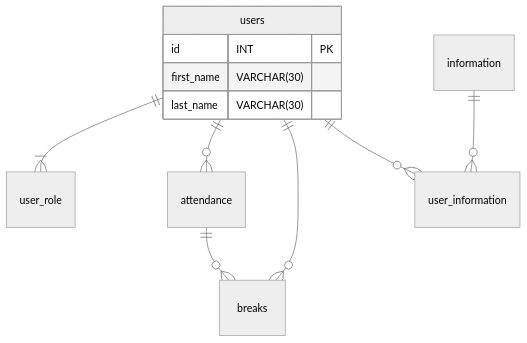
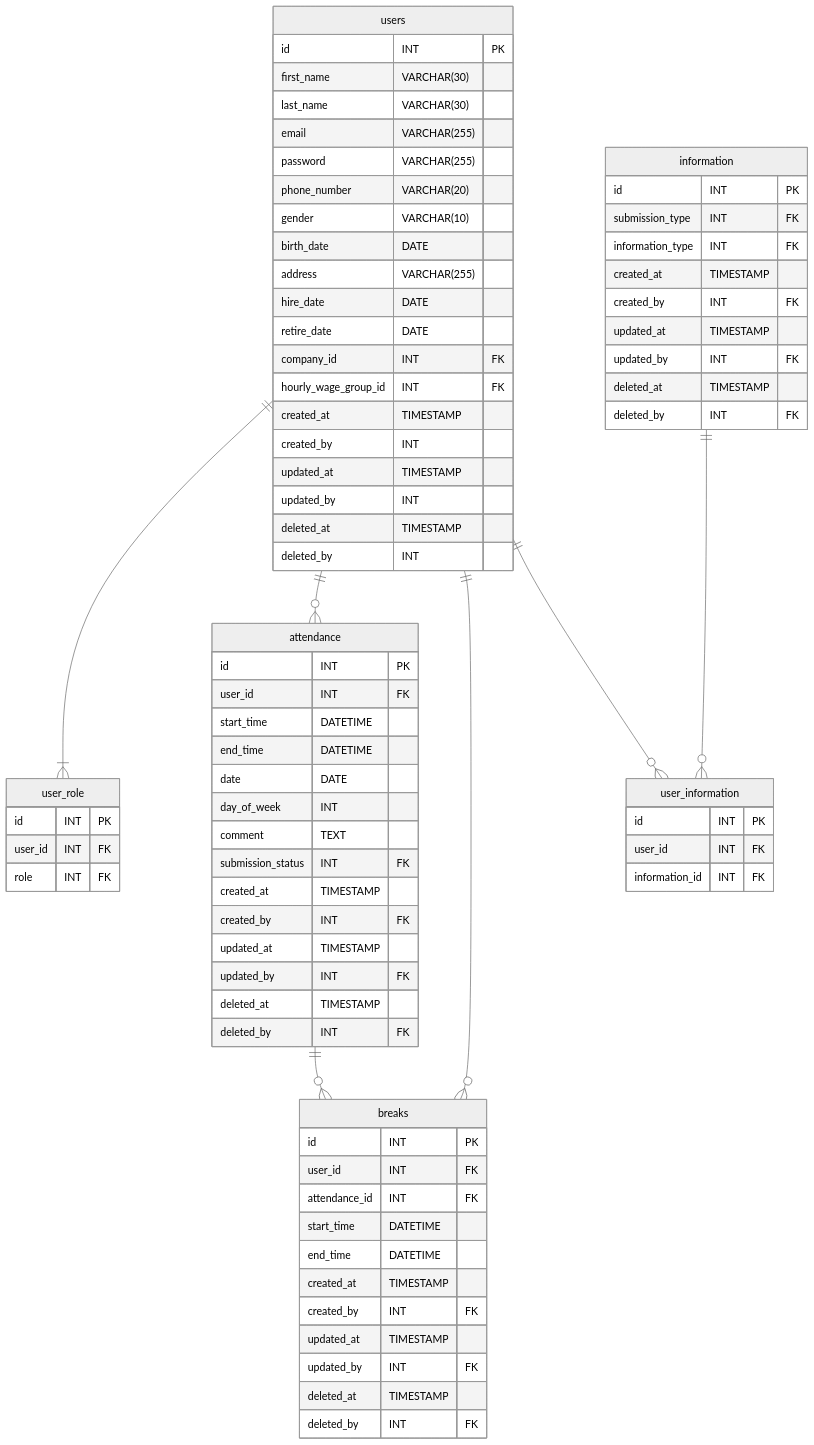
One commit to reo00ngee/attendance changed the first of 5 diagrams in Documents/Database Design/Entity-RelationshipDiagrams.md. Above: the diagram before and after it, drawn with Mermaid (neutral theme). The commit also changed other lines of this file and 13 other files, not shown here.

````diff
--- a/Documents/Database Design/Entity-RelationshipDiagrams.md
+++ b/Documents/Database Design/Entity-RelationshipDiagrams.md
@@ -23,7 +23,77 @@
     id INT PK
     first_name VARCHAR(30) 
     last_name VARCHAR(30) 
+    email VARCHAR(255) 
+    password VARCHAR(255) 
+    phone_number VARCHAR(20) 
+    gender VARCHAR(10) 
+    birth_date DATE
+    address VARCHAR(255)
+    hire_date DATE
+    retire_date DATE
+    company_id INT FK
+    hourly_wage_group_id INT FK
+    created_at TIMESTAMP
+    created_by INT
+    updated_at TIMESTAMP
+    updated_by INT
+    deleted_at TIMESTAMP
+    deleted_by INT 
+  }
 
+  user_role{
+    id INT PK
+    user_id INT FK
+    role INT FK
+  }
+
+  attendance{
+    id INT PK
+    user_id INT FK
+    start_time DATETIME
+    end_time DATETIME
+    date DATE
+    day_of_week INT
+    comment TEXT
+    submission_status INT FK
+    created_at TIMESTAMP
+    created_by INT FK
+    updated_at TIMESTAMP
+    updated_by INT FK
+    deleted_at TIMESTAMP
+    deleted_by INT FK
+  }
+
+  breaks{
+    id INT PK
+    user_id INT FK
+    attendance_id INT FK
+    start_time DATETIME
+    end_time DATETIME
+    created_at TIMESTAMP
+    created_by INT FK
+    updated_at TIMESTAMP
+    updated_by INT FK
+    deleted_at TIMESTAMP
+    deleted_by INT FK
+  }
+
+  information{
+    id INT PK
+    submission_type INT FK
+    information_type INT FK
+    created_at TIMESTAMP
+    created_by INT FK
+    updated_at TIMESTAMP
+    updated_by INT FK
+    deleted_at TIMESTAMP
+    deleted_by INT FK
+  }
+
+  user_information{
+    id INT PK
+    user_id INT FK
+    information_id INT FK
   }
 
 ```
````
